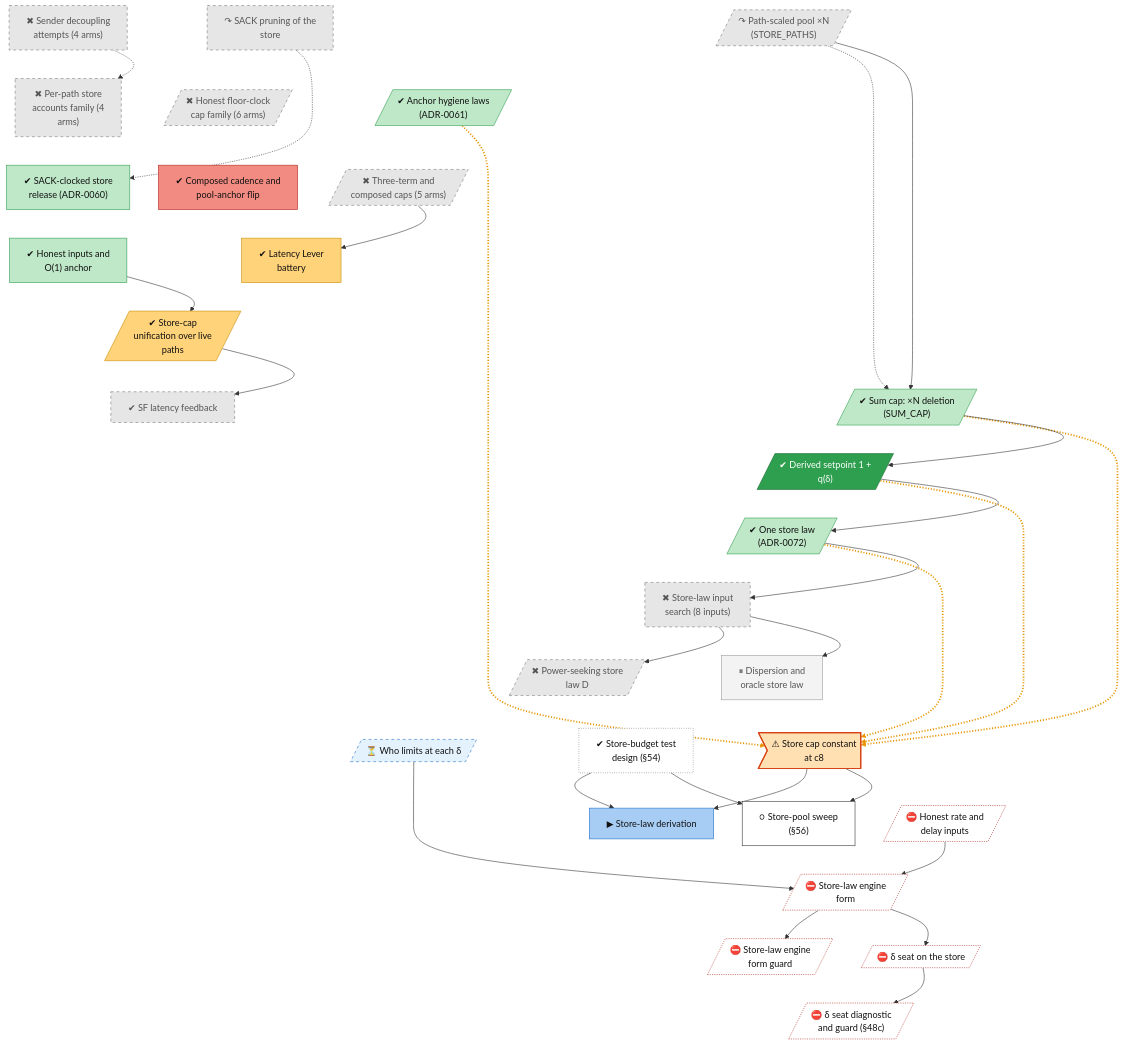
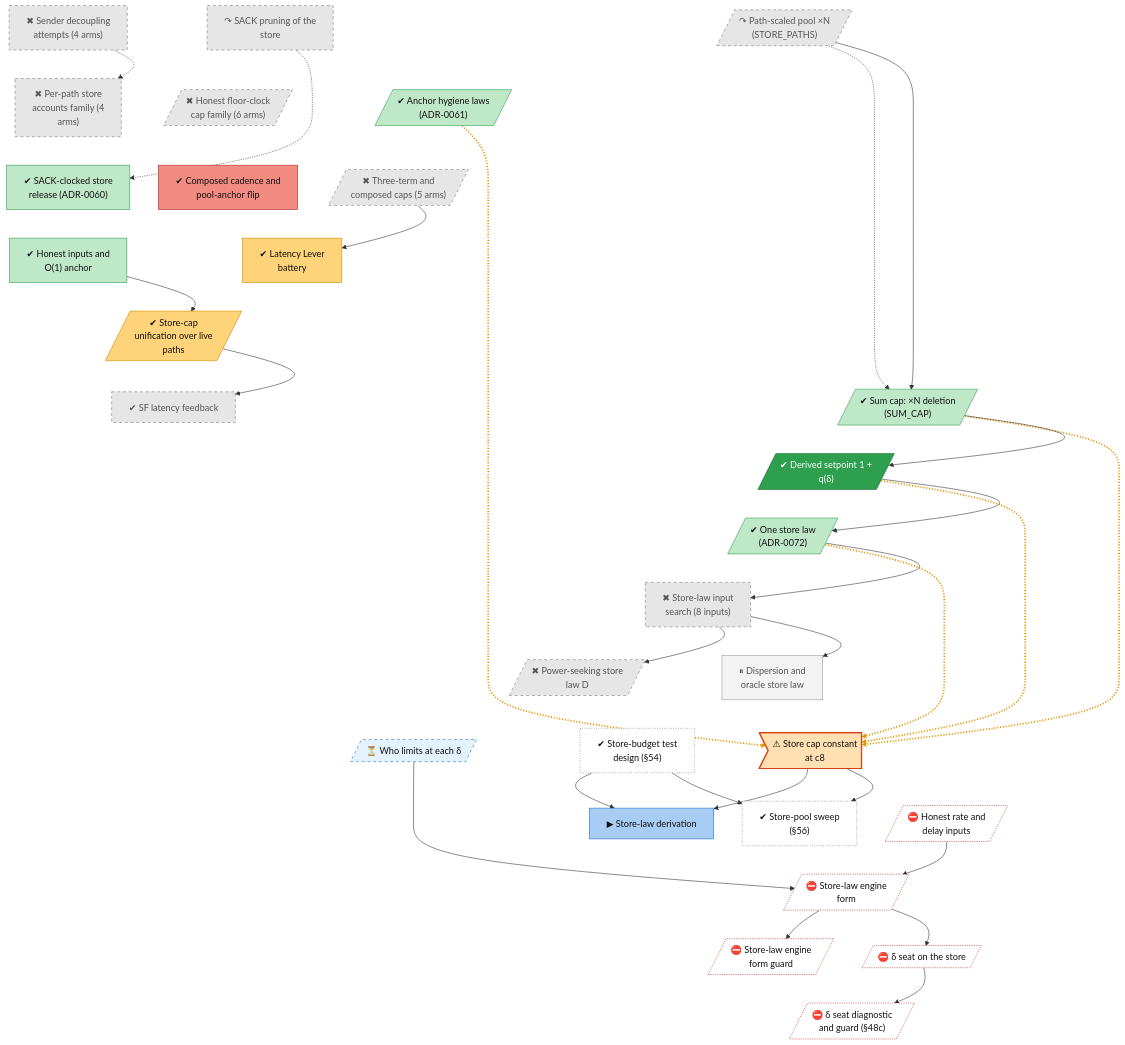
One commit to lhns/raptorpath changed the diagram in docs/roadmap/tracks/store.md. Above: the diagram before and after it, drawn with Mermaid. The commit also changed other lines of this file and 10 other files, not shown here.

````diff
--- a/docs/roadmap/tracks/store.md
+++ b/docs/roadmap/tracks/store.md
@@ -32,7 +32,7 @@
     store_s54_budget["✔ Store-budget test<br/>design (#167;54)"]
     store_defect_cap_constant>"⚠ Store cap constant<br/>at c8"]
     store_law_derivation["▶ Store-law derivation"]
-    store_s56_sweep["○ Store-pool sweep<br/>(#167;56)"]
+    store_s56_sweep["✔ Store-pool sweep<br/>(#167;56)"]
     store_fix_maxbw_minrtt[/"⛔ Honest rate and<br/>delay inputs"/]
     store_engine_form_impl[/"⛔ Store-law engine<br/>form"/]
     store_engine_form_guard[/"⛔ Store-law engine<br/>form guard"/]
@@ -116,9 +116,8 @@
     class store_delta_cap vsucc
     class store_engine_form parked
     class store_w1_who_limits waiting
-    class store_s54_budget unrated
+    class store_s54_budget,store_s56_sweep unrated
     class store_defect_cap_constant defect
     class store_law_derivation inprog
-    class store_s56_sweep next
     class store_fix_maxbw_minrtt,store_engine_form_impl,store_engine_form_guard,store_delta_seat,store_s48c_session blocked
 ```
````
